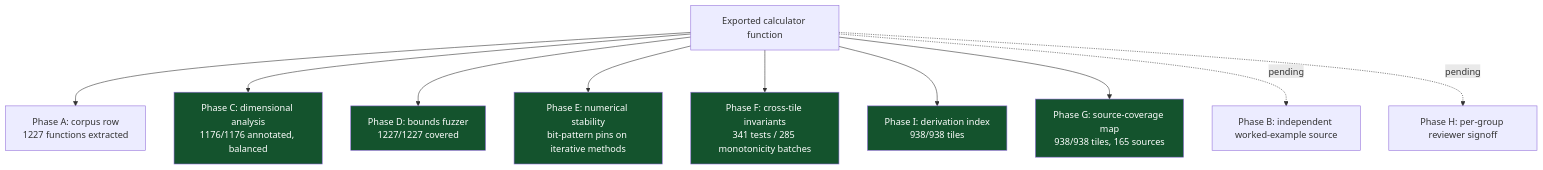
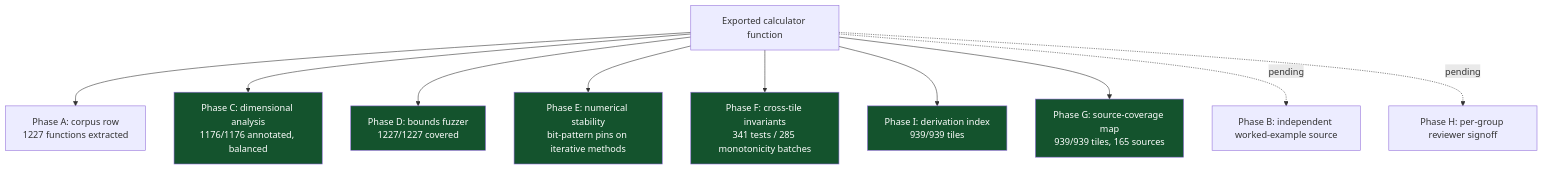
The sixth of 8 diagrams in README.md (clay-good/roughlogic.com), drawn with Mermaid before and after one commit. The commit also changed other lines of this file and 17 other files, not shown here.

````diff
--- a/README.md
+++ b/README.md
@@ -519,18 +519,18 @@
 ```mermaid
 flowchart TB
     F[Exported calculator function] --> A[Phase A: corpus row\n1227 functions extracted]
     F --> C[Phase C: dimensional analysis\n1176/1176 annotated, balanced]
     F --> D[Phase D: bounds fuzzer\n1227/1227 covered]
     F --> E[Phase E: numerical stability\nbit-pattern pins on iterative methods]
     F --> Fa[Phase F: cross-tile invariants\n341 tests / 285 monotonicity batches]
-    F --> I[Phase I: derivation index\n938/938 tiles]
-    F --> G[Phase G: source-coverage map\n938/938 tiles, 165 sources]
+    F --> I[Phase I: derivation index\n939/939 tiles]
+    F --> G[Phase G: source-coverage map\n939/939 tiles, 165 sources]
     F -.pending.-> B[Phase B: independent worked-example source]
     F -.pending.-> H[Phase H: per-group reviewer signoff]
     style C fill:#14532d,color:#fff
     style D fill:#14532d,color:#fff
     style E fill:#14532d,color:#fff
     style Fa fill:#14532d,color:#fff
     style G fill:#14532d,color:#fff
     style I fill:#14532d,color:#fff
 ```
````
